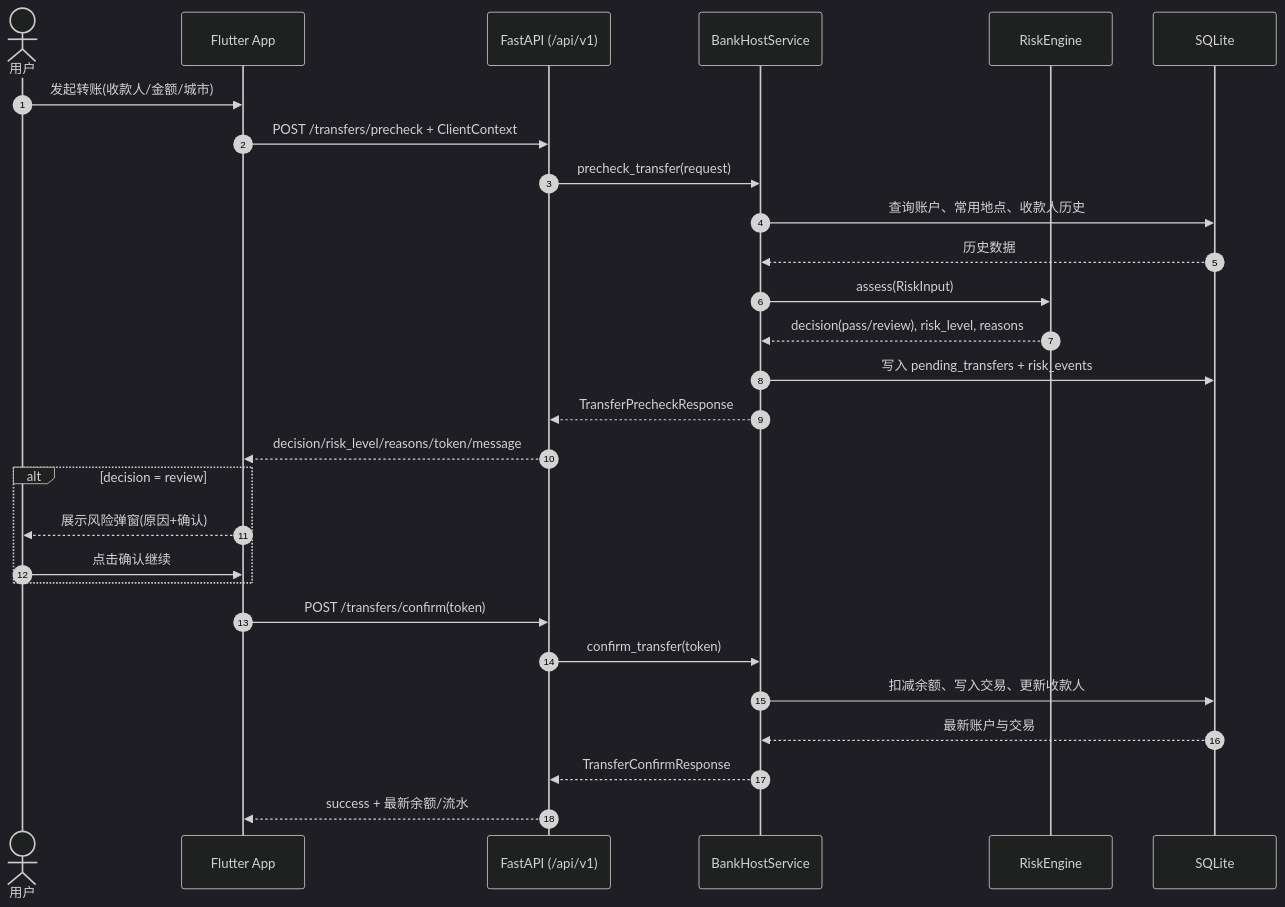
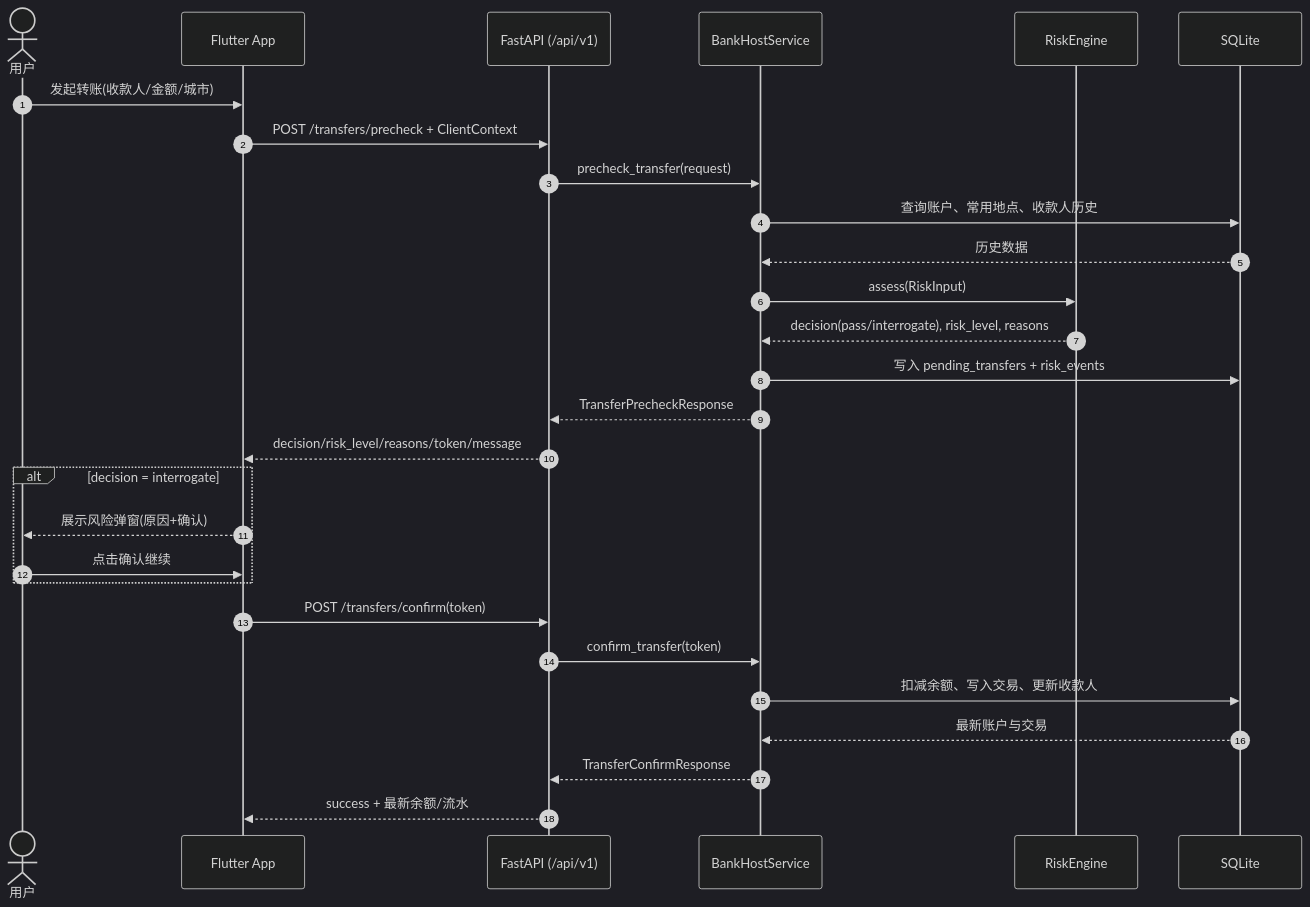
One commit to changshengyun/Banking_Agent changed the first of 2 diagrams in docs/sequence-diagram.md. Above: the diagram before and after it, drawn with Mermaid (dark theme). The commit also changed 23 other files, not shown here.

````diff
--- a/docs/sequence-diagram.md
+++ b/docs/sequence-diagram.md
@@ -5,33 +5,33 @@
 ```mermaid
 sequenceDiagram
     autonumber
     actor U as 用户
     participant F as Flutter App
     participant API as FastAPI (/api/v1)
     participant Host as BankHostService
     participant Risk as RiskEngine
     participant DB as SQLite
 
     U->>F: 发起转账(收款人/金额/城市)
     F->>API: POST /transfers/precheck + ClientContext
     API->>Host: precheck_transfer(request)
     Host->>DB: 查询账户、常用地点、收款人历史
     DB-->>Host: 历史数据
     Host->>Risk: assess(RiskInput)
-    Risk-->>Host: decision(pass/review), risk_level, reasons
+    Risk-->>Host: decision(pass/interrogate), risk_level, reasons
     Host->>DB: 写入 pending_transfers + risk_events
     Host-->>API: TransferPrecheckResponse
     API-->>F: decision/risk_level/reasons/token/message
 
-    alt decision = review
+    alt decision = interrogate
         F-->>U: 展示风险弹窗(原因+确认)
         U->>F: 点击确认继续
     end
 
     F->>API: POST /transfers/confirm(token)
     API->>Host: confirm_transfer(token)
     Host->>DB: 扣减余额、写入交易、更新收款人
     DB-->>Host: 最新账户与交易
     Host-->>API: TransferConfirmResponse
     API-->>F: success + 最新余额/流水
 ```
````
